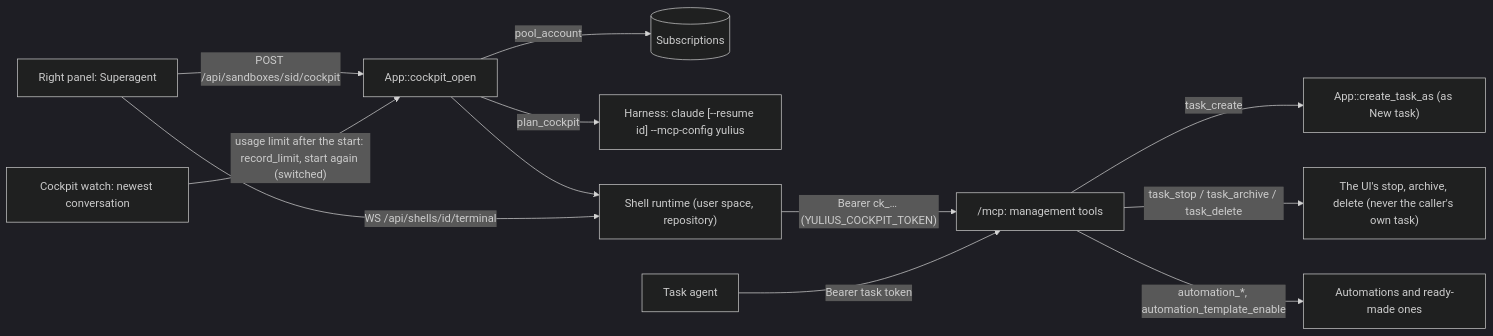
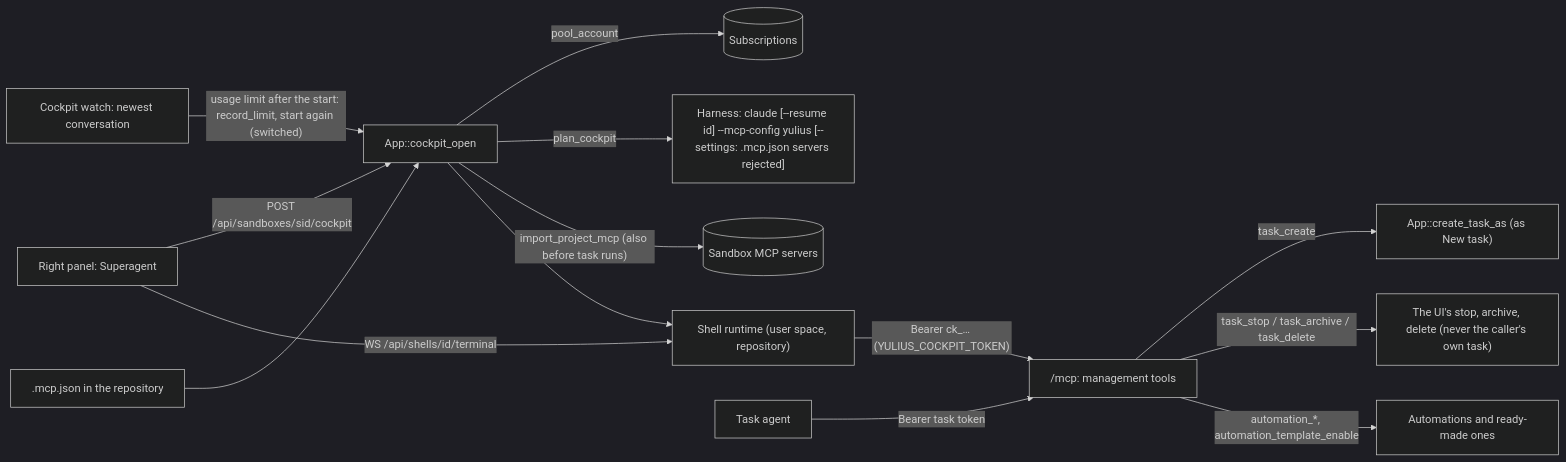
Before and after one commit to Quartio-Studio/yulius: the ninth of 17 diagrams in docs/architecture.md, drawn with Mermaid (dark theme). The commit also changed other lines of this file and 17 other files, not shown here.

First line of the commit message:
fix(mcp): a repository's .mcp.json joins the MCP section and the Superagent never asks (#403)

````diff
--- a/docs/architecture.md
+++ b/docs/architecture.md
@@ -306,14 +316,16 @@
 ```mermaid
 flowchart LR
   UI["Right panel: Superagent"] -->|"POST /api/sandboxes/sid/cockpit"| APP["App::cockpit_open"]
   APP -->|"pool_account"| POOL[("Subscriptions")]
   W["Cockpit watch: newest conversation"] -->|"usage limit after the start: record_limit, start again (switched)"| APP
-  APP -->|"plan_cockpit"| HP["Harness: claude [--resume id] --mcp-config yulius"]
+  APP -->|"plan_cockpit"| HP["Harness: claude [--resume id] --mcp-config yulius [--settings: .mcp.json servers rejected]"]
+  APP -->|"import_project_mcp (also before task runs)"| MS[("Sandbox MCP servers")]
+  REPO[".mcp.json in the repository"] --> APP
   APP --> SH["Shell runtime (user space, repository)"]
   UI -->|"WS /api/shells/id/terminal"| SH
   SH -->|"Bearer ck_… (YULIUS_COCKPIT_TOKEN)"| MCP["/mcp: management tools"]
   AG["Task agent"] -->|"Bearer task token"| MCP
   MCP -->|"task_create"| NT["App::create_task_as (as New task)"]
   MCP -->|"task_stop / task_archive / task_delete"| TU["The UI's stop, archive, delete (never the caller's own task)"]
   MCP -->|"automation_*, automation_template_enable"| AU["Automations and ready-made ones"]
 ```
````
